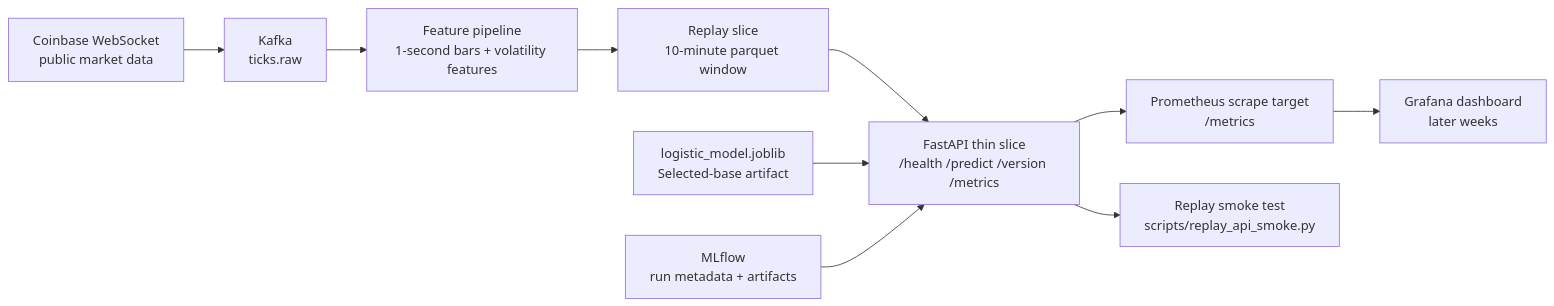
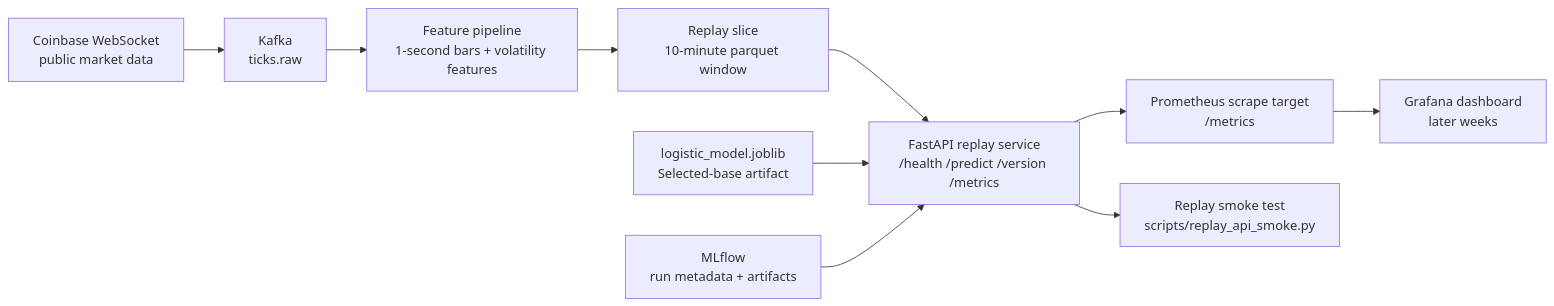
Before and after one commit to rzrizaldy/fundamental_ai_crypto_volatile: the diagram in docs/system_diagram.md, drawn with Mermaid. The commit also changed other lines of this file and 20 other files, not shown here.

Commit message:
Finalize submission docs and root compose flow

````diff
--- a/docs/system_diagram.md
+++ b/docs/system_diagram.md
@@ -5,12 +5,12 @@
 ```mermaid
 flowchart LR
     A["Coinbase WebSocket<br/>public market data"] --> B["Kafka<br/>ticks.raw"]
     B --> C["Feature pipeline<br/>1-second bars + volatility features"]
     C --> D["Replay slice<br/>10-minute parquet window"]
-    D --> E["FastAPI thin slice<br/>/health /predict /version /metrics"]
+    D --> E["FastAPI replay service<br/>/health /predict /version /metrics"]
     F["logistic_model.joblib<br/>Selected-base artifact"] --> E
     G["MLflow<br/>run metadata + artifacts"] --> E
     E --> H["Prometheus scrape target<br/>/metrics"]
     H --> I["Grafana dashboard<br/>later weeks"]
     E --> J["Replay smoke test<br/>scripts/replay_api_smoke.py"]
 ```
````
